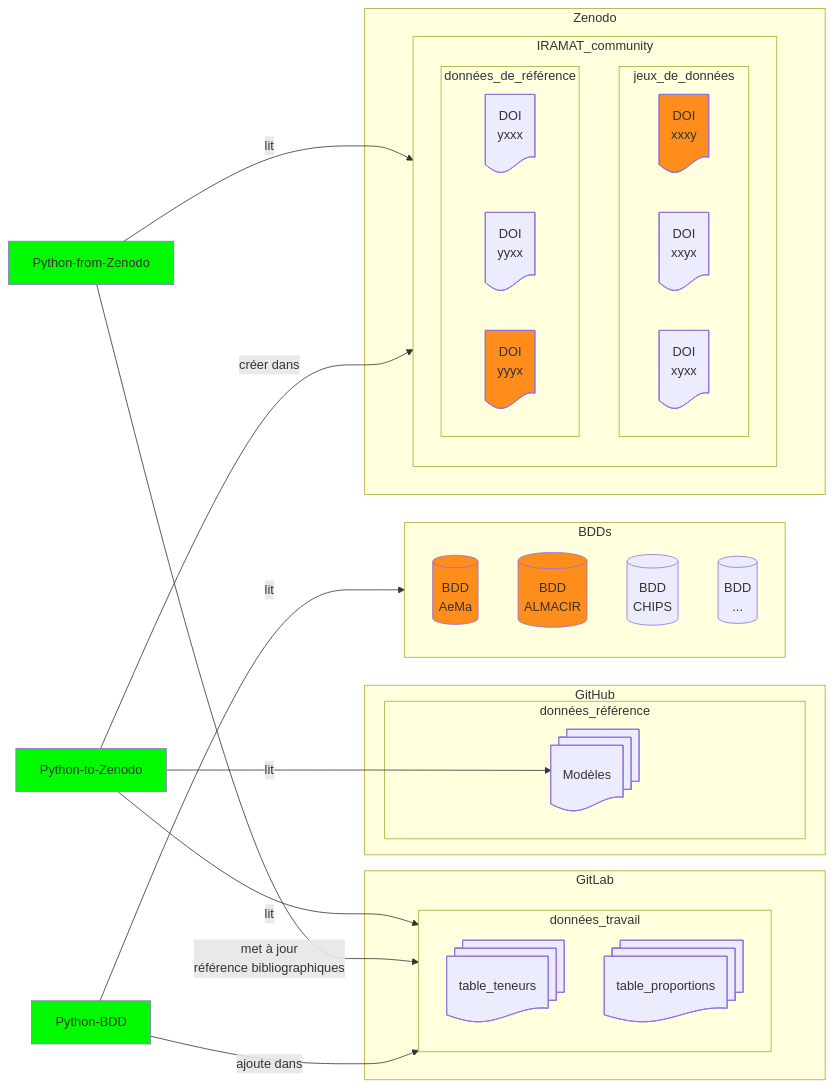
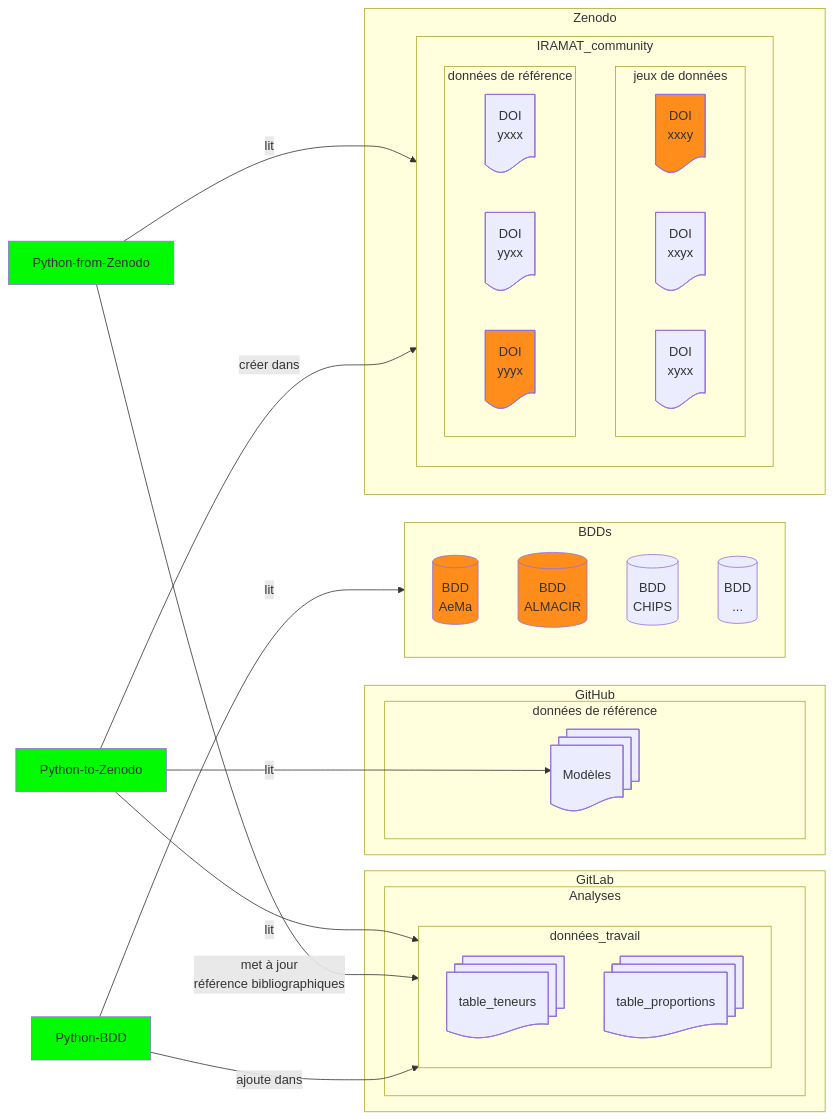
Before and after one commit to iramat/iramat-dev: the first of 2 diagrams in dbs/README.md, drawn with Mermaid.

````diff
--- a/dbs/README.md
+++ b/dbs/README.md
@@ -5,54 +5,57 @@
 ```mermaid
 flowchart LR
     subgraph GitLab
-        subgraph données_travail
-            T1@{ shape: docs, label: "table_teneurs" }
-            T2@{ shape: docs, label: "table_proportions" }
+        subgraph Analyses
+            subgraph données_travail
+                T1@{ shape: docs, label: "table_teneurs" }
+                T2@{ shape: docs, label: "table_proportions" }
+            end
         end
     end
     subgraph GitHub
-        subgraph données_référence
+        subgraph données_référence[données de référence]
             Mod@{ shape: docs, label: "Modèles" }
         end
     end
     PDB@{ procs: docs, label: "Python-BDD" }
     P2Z@{ procs: docs, label: "Python-to-Zenodo" }
     PfZ@{ procs: docs, label: "Python-from-Zenodo" }
     subgraph BDDs
         B[(BDD<br>AeMa)]
         H[(BDD<br>ALMACIR)]
         C[(BDD<br>CHIPS)]
         D[(BDD<br>...)]
     end
     subgraph Zenodo
         subgraph IRAMAT_community
-            subgraph jeux_de_données
+            subgraph jeux_de_données[jeux de données]
                 E@{ shape: doc, label: "DOI<br>xxxy" }
                 F@{ shape: doc, label: "DOI<br>xxyx" }
                 G@{ shape: doc, label: "DOI<br>xyxx" }
             end
-            subgraph données_de_référence
+            subgraph données_de_référence[données de référence]
                 dataref1@{ shape: doc, label: "DOI<br>yxxx" }
                 dataref2@{ shape: doc, label: "DOI<br>yyxx" }
                 dataref3@{ shape: doc, label: "DOI<br>yyyx" }
             end
         end
     end
     P2Z -- lit --> Mod;
     P2Z -- lit --> données_travail;
     PfZ -- met à jour<br>référence bibliographiques--> données_travail
     PDB -- lit --> BDDs;
     PDB -- ajoute dans --> données_travail;
     PfZ -- lit --> IRAMAT_community
     P2Z -- créer dans --> IRAMAT_community 
 
 
 click T1 "https://github.com/zoometh/iramat-test/tree/main/dbs#table_teneurs"
+click Mod "https://github.com/zoometh/iramat-test/tree/main/dbs#mod%C3%A8les"
 style PDB fill:#02fa02
 style P2Z fill:#02fa02
 style PfZ fill:#02fa02
 style B fill:#FF8D1B
 style H fill:#FF8D1B
 style E fill:#FF8D1B
 style dataref3 fill:#FF8D1B
 ```
````
